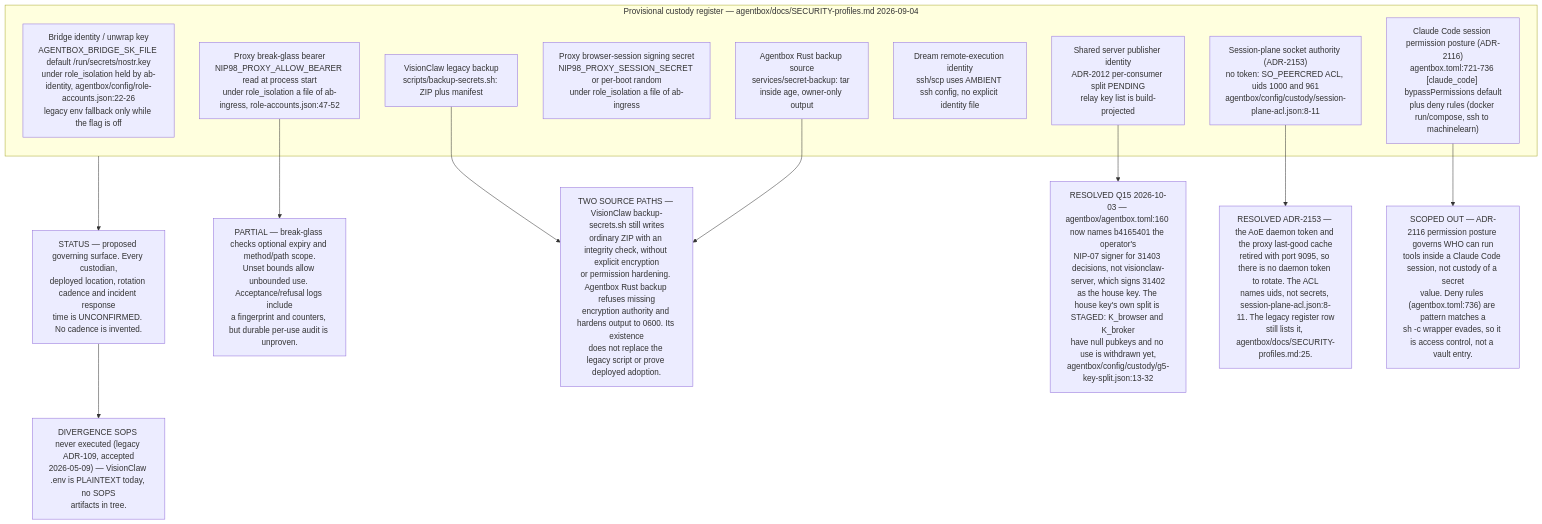
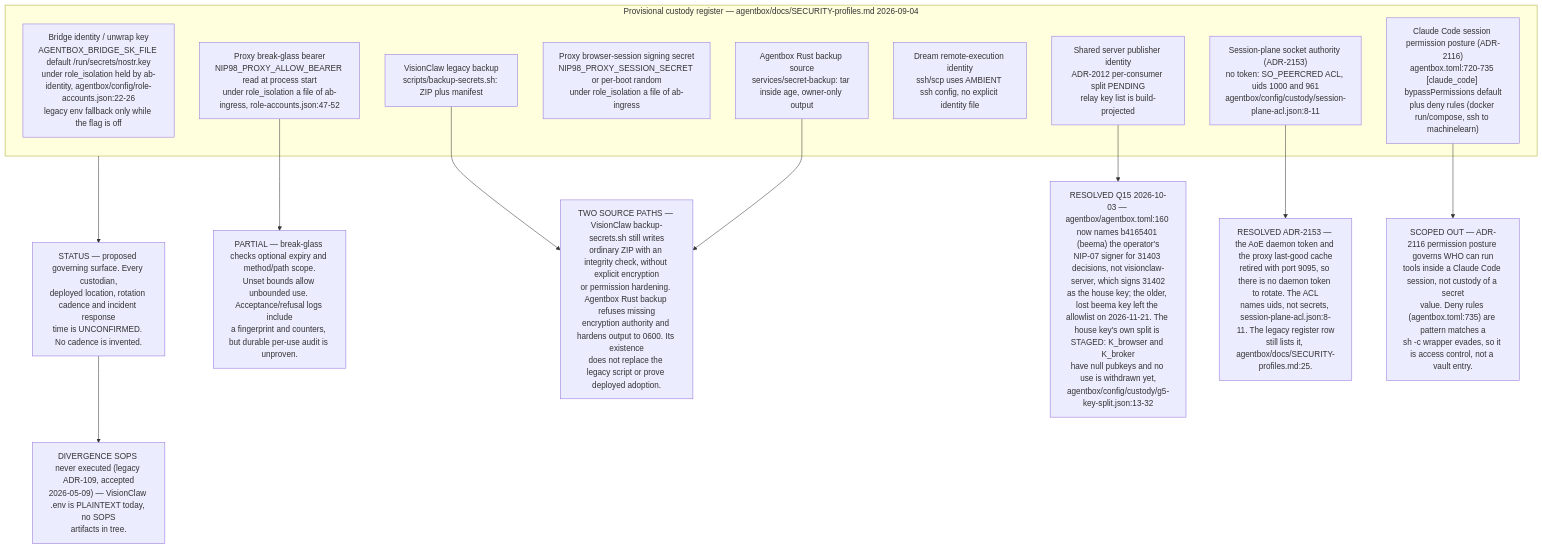
One commit to DreamLab-AI/VisionFlow changed the ninth of 11 diagrams in docs/diagrams/estate/10-deployment-and-security-profiles.md. Above: the diagram before and after it, drawn with Mermaid. The commit also changed other lines of this file and 5 other files, not shown here.

````diff
--- a/docs/diagrams/estate/10-deployment-and-security-profiles.md
+++ b/docs/diagrams/estate/10-deployment-and-security-profiles.md
@@ -375,30 +377,30 @@
 ```mermaid
 flowchart TB
     subgraph reg["Provisional custody register — agentbox/docs/SECURITY-profiles.md 2026-09-04"]
         C1["Bridge identity / unwrap key<br/>AGENTBOX_BRIDGE_SK_FILE default /run/secrets/nostr.key<br/>under role_isolation held by ab-identity, agentbox/config/role-accounts.json:22-26<br/>legacy env fallback only while the flag is off"]
         C2["Shared server publisher identity<br/>ADR-2012 per-consumer split PENDING<br/>relay key list is build-projected"]
         C3["Proxy break-glass bearer<br/>NIP98_PROXY_ALLOW_BEARER read at process start<br/>under role_isolation a file of ab-ingress, role-accounts.json:47-52"]
         C4["Proxy browser-session signing secret<br/>NIP98_PROXY_SESSION_SECRET or per-boot random<br/>under role_isolation a file of ab-ingress"]
         C5["Session-plane socket authority (ADR-2153)<br/>no token: SO_PEERCRED ACL, uids 1000 and 961<br/>agentbox/config/custody/session-plane-acl.json:8-11"]
         C6["Dream remote-execution identity<br/>ssh/scp uses AMBIENT ssh config, no explicit identity file"]
         C7["VisionClaw legacy backup<br/>scripts/backup-secrets.sh: ZIP plus manifest"]
         C8["Agentbox Rust backup source<br/>services/secret-backup: tar inside age, owner-only output"]
-        C9["Claude Code session permission posture (ADR-2116)<br/>agentbox.toml:721-736 [claude_code] bypassPermissions default<br/>plus deny rules (docker run/compose, ssh to machinelearn)"]
+        C9["Claude Code session permission posture (ADR-2116)<br/>agentbox.toml:720-735 [claude_code] bypassPermissions default<br/>plus deny rules (docker run/compose, ssh to machinelearn)"]
     end
     ST["STATUS — proposed governing surface. Every custodian,<br/>deployed location, rotation cadence and incident response<br/>time is UNCONFIRMED. No cadence is invented."]
     D1["PARTIAL — break-glass checks optional expiry and method/path scope.<br/>Unset bounds allow unbounded use. Acceptance/refusal logs include<br/>a fingerprint and counters, but durable per-use audit is unproven."]
     D2["TWO SOURCE PATHS — VisionClaw backup-secrets.sh still writes<br/>ordinary ZIP with an integrity check, without explicit encryption<br/>or permission hardening. Agentbox Rust backup refuses missing<br/>encryption authority and hardens output to 0600. Its existence<br/>does not replace the legacy script or prove deployed adoption."]
-    D3["RESOLVED Q15 2026-10-03 — agentbox/agentbox.toml:160 now names b4165401 the operator's<br/>NIP-07 signer for 31403 decisions, not visionclaw-server, which signs 31402<br/>as the house key. The house key's own split is STAGED: K_browser and K_broker<br/>have null pubkeys and no use is withdrawn yet,<br/>agentbox/config/custody/g5-key-split.json:13-32"]
+    D3["RESOLVED Q15 2026-10-03 — agentbox/agentbox.toml:160 now names b4165401 (beema) the operator's<br/>NIP-07 signer for 31403 decisions, not visionclaw-server, which signs 31402<br/>as the house key; the older, lost beema key left the allowlist on 2026-11-21. The house key's own split is STAGED: K_browser and K_broker<br/>have null pubkeys and no use is withdrawn yet,<br/>agentbox/config/custody/g5-key-split.json:13-32"]
     D4["RESOLVED ADR-2153 — the AoE daemon token and the proxy last-good cache<br/>retired with port 9095, so there is no daemon token to rotate. The ACL<br/>names uids, not secrets, session-plane-acl.json:8-11. The legacy register row<br/>still lists it, agentbox/docs/SECURITY-profiles.md:25."]
     D5["DIVERGENCE SOPS never executed (legacy ADR-109, accepted<br/>2026-05-09) — VisionClaw .env is PLAINTEXT today, no SOPS<br/>artifacts in tree."]
-    D6["SCOPED OUT — ADR-2116 permission posture governs WHO can run<br/>tools inside a Claude Code session, not custody of a secret<br/>value. Deny rules (agentbox.toml:736) are pattern matches a<br/>sh -c wrapper evades, so it is access control, not a vault entry."]
+    D6["SCOPED OUT — ADR-2116 permission posture governs WHO can run<br/>tools inside a Claude Code session, not custody of a secret<br/>value. Deny rules (agentbox.toml:735) are pattern matches a<br/>sh -c wrapper evades, so it is access control, not a vault entry."]
 
     reg --> ST
     C3 --> D1
     C7 --> D2
     C8 --> D2
     C2 --> D3
     C5 --> D4
     ST --> D5
     C9 --> D6
 ```
````
